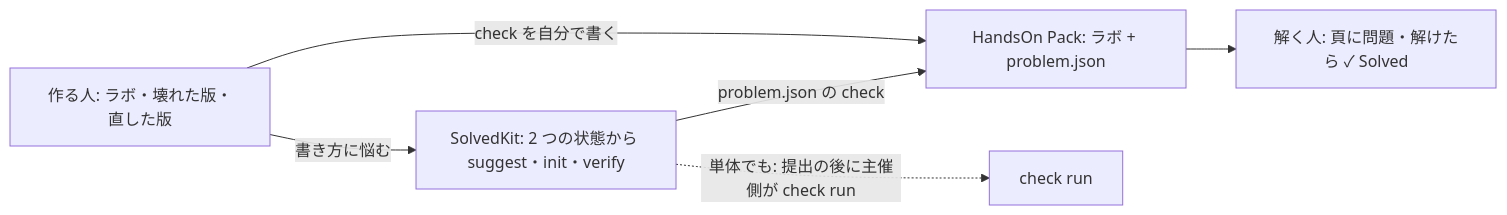
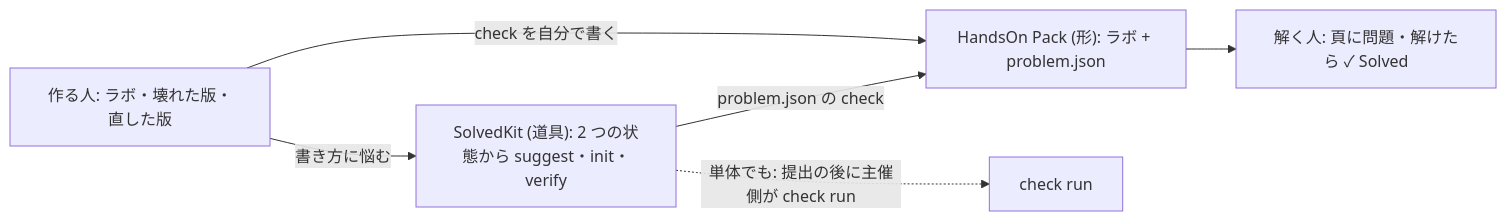
One commit to rclab-dev/network-xray changed the diagram in docs/ja/solvedkit.md. Above: the diagram before and after it, drawn with Mermaid. The commit also changed other lines of this file and 2 other files, not shown here.

Commit message:
Docs: HandsOn Pack is a format (nothing to install), SolvedKit is a tool; either works without the other

````diff
--- a/docs/ja/solvedkit.md
+++ b/docs/ja/solvedkit.md
@@ -9,8 +14,8 @@
 ```mermaid
 flowchart LR
   A["作る人: ラボ・壊れた版・直した版"] -->|check を自分で書く| P
-  A -->|"書き方に悩む"| S["SolvedKit: 2 つの状態から suggest・init・verify"]
-  S -->|problem.json の check| P["HandsOn Pack: ラボ + problem.json"]
+  A -->|"書き方に悩む"| S["SolvedKit (道具): 2 つの状態から suggest・init・verify"]
+  S -->|problem.json の check| P["HandsOn Pack (形): ラボ + problem.json"]
   P --> L["解く人: 頁に問題・解けたら ✓ Solved"]
   S -.->|"単体でも: 提出の後に主催側が check run"| R["check run"]
 ```
````
